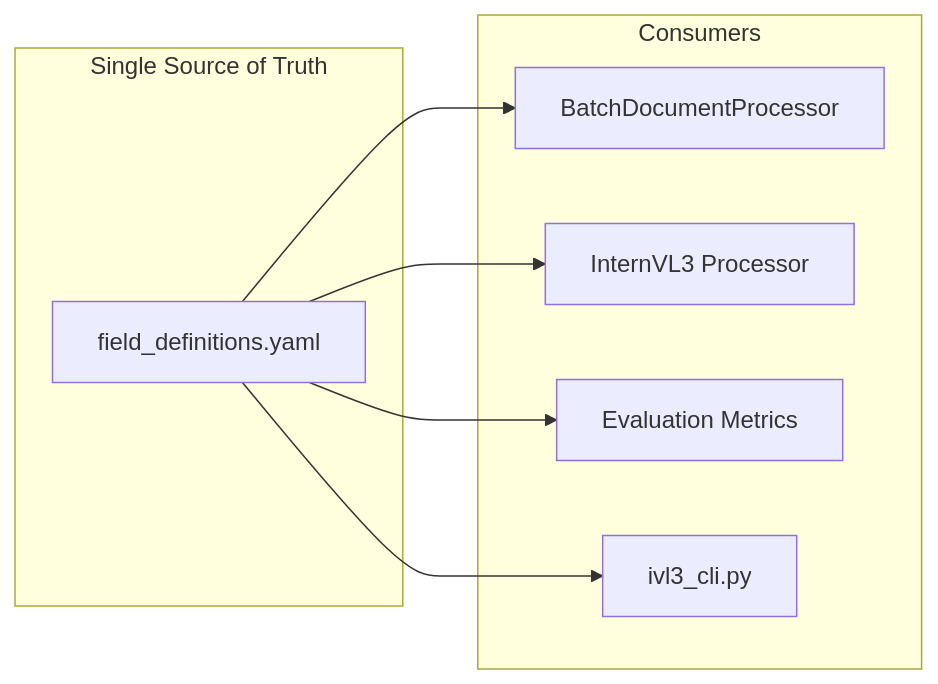
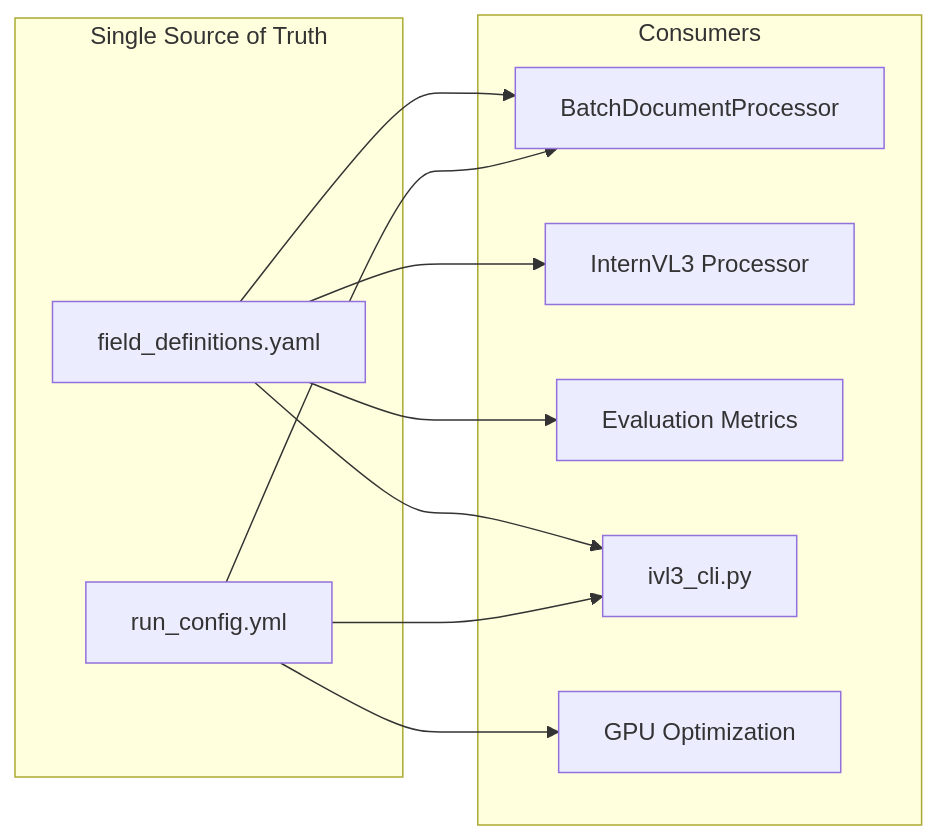
The second of 7 diagrams in docs/CONFIG_DRIVEN_DISPATCH.md (tmnestor/LMM_POC), drawn with Mermaid before and after one commit. The commit also changed other lines of this file, not shown here.

````diff
--- a/docs/CONFIG_DRIVEN_DISPATCH.md
+++ b/docs/CONFIG_DRIVEN_DISPATCH.md
@@ -69,18 +70,23 @@
 ```mermaid
 graph LR
     subgraph "Single Source of Truth"
+        RC["run_config.yml"]
         FD["field_definitions.yaml"]
     end
 
     subgraph "Consumers"
         BP["BatchDocumentProcessor"]
         IVL["InternVL3 Processor"]
         EM["Evaluation Metrics"]
         CLI["ivl3_cli.py"]
+        GPU["GPU Optimization"]
     end
 
+    RC --> CLI
+    RC --> GPU
+    RC --> BP
     FD --> BP
     FD --> IVL
     FD --> EM
     FD --> CLI
 ```
````
